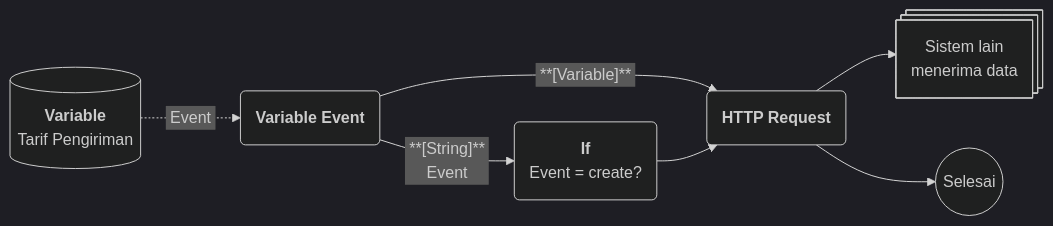
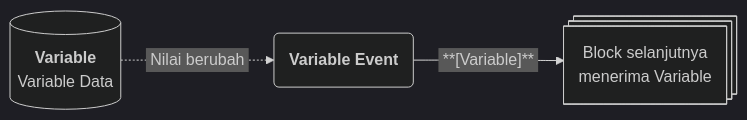
The diagram in Docs/Modul Logic/Flow/Flow Block/Event/Variable Event.md (ginalne/phoenix-docs), drawn with Mermaid (dark theme) before and after one commit. The commit also changed other lines of this file and 11 other files, not shown here.

````diff
--- a/Docs/Modul Logic/Flow/Flow Block/Event/Variable Event.md
+++ b/Docs/Modul Logic/Flow/Flow Block/Event/Variable Event.md
@@ -82,9 +26,5 @@
 ```mermaid
 flowchart LR
-    S@{ shape: database, label: "**Variable**<br/>Tarif Pengiriman" } -.->|&nbsp;Event&nbsp;| E@{ shape: rounded, label: "**Variable Event**" }
-    E -->|"&nbsp;**[String]**&nbsp;<br>Event"| I@{ shape: rounded, label: "**If**<br>Event = create?" }
-    E -->|"&nbsp;**[Variable]**&nbsp;"| H@{ shape: rounded, label: "**HTTP Request**" }
-    I --> H
-    H --> P@{ shape: processes, label: "Sistem lain<br/>menerima data" }
-    H --> F@{ shape: circle, label: "Selesai" }
+    A@{ shape: database, label: "**Variable**<br/>Variable Data" } -.->|&nbsp;Nilai berubah&nbsp;| B@{ shape: rounded, label: "**Variable Event**" }
+    B -->|"&nbsp;**[Variable]**&nbsp;"| C@{ shape: processes, label: "Block selanjutnya<br/>menerima Variable" }
 ```
````
